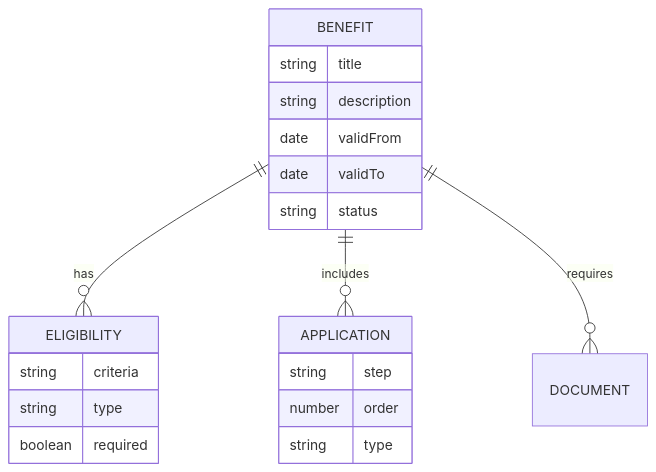
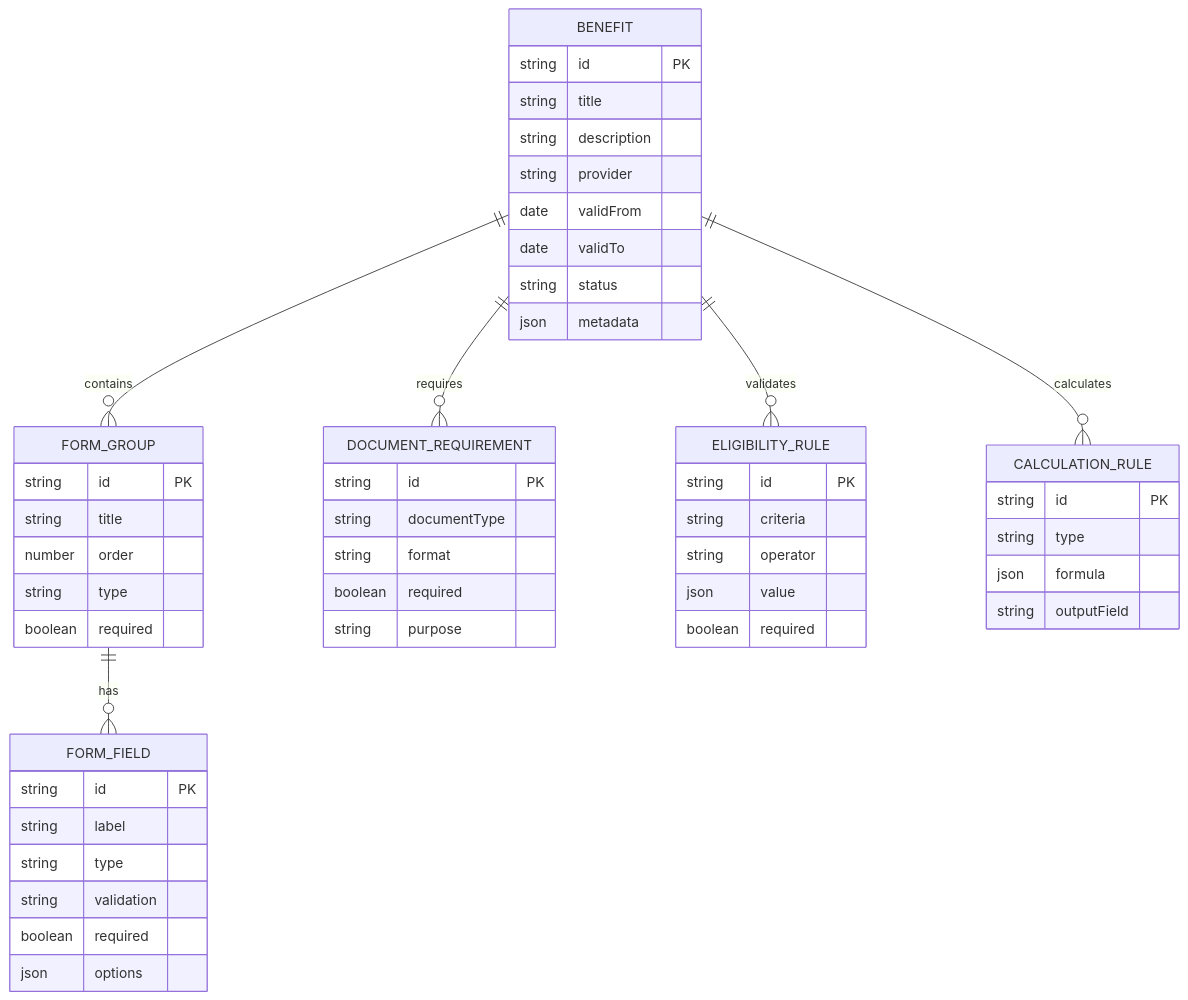
Before and after one commit to rajnishdargan/ubi-strapi-provider: the second of 4 diagrams in docs/arch-diagrams.md, drawn with Mermaid. The commit also changed other lines of this file and 6 other files, not shown here.

````diff
--- a/docs/arch-diagrams.md
+++ b/docs/arch-diagrams.md
@@ -55,26 +73,59 @@
 ```mermaid
 erDiagram
-    BENEFIT ||--o{ ELIGIBILITY : has
-    BENEFIT ||--o{ APPLICATION : includes
-    BENEFIT ||--o{ DOCUMENT : requires
+    BENEFIT ||--o{ FORM_GROUP : contains
+    FORM_GROUP ||--o{ FORM_FIELD : has
+    BENEFIT ||--o{ DOCUMENT_REQUIREMENT : requires
+    BENEFIT ||--o{ ELIGIBILITY_RULE : validates
+    BENEFIT ||--o{ CALCULATION_RULE : calculates
     
     BENEFIT {
+        string id PK
         string title
         string description
+        string provider
         date validFrom
         date validTo
         string status
+        json metadata
     }
     
-    ELIGIBILITY {
-        string criteria
+    FORM_GROUP {
+        string id PK
+        string title
+        number order
         string type
         boolean required
     }
     
-    APPLICATION {
-        string step
-        number order
+    FORM_FIELD {
+        string id PK
+        string label
         string type
+        string validation
+        boolean required
+        json options
+    }
+    
+    DOCUMENT_REQUIREMENT {
+        string id PK
+        string documentType
+        string format
+        boolean required
+        string purpose
+    }
+    
+    ELIGIBILITY_RULE {
+        string id PK
+        string criteria
+        string operator
+        json value
+        boolean required
+    }
+    
+    CALCULATION_RULE {
+        string id PK
+        string type
+        json formula
+        string outputField
     }
 ```
````
